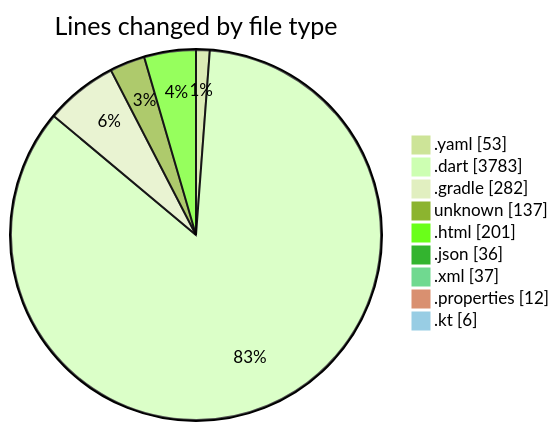
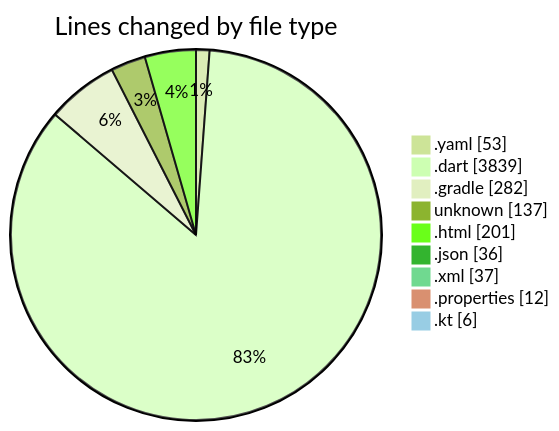
One commit to lephambinh05/code-tracking changed the first of 2 diagrams in 2025-09-02/quanlylink/README.md. Above: the diagram before and after it, drawn with Mermaid (forest theme). The commit also changed other lines of this file and 1 other file, not shown here.

````diff
--- a/2025-09-02/quanlylink/README.md
+++ b/2025-09-02/quanlylink/README.md
@@ -47,13 +47,13 @@
 ```mermaid
 pie showData
 title Lines changed by file type
 ".yaml" : 53
-".dart" : 3783
+".dart" : 3839
 ".gradle" : 282
 "unknown" : 137
 ".html" : 201
 ".json" : 36
 ".xml" : 37
 ".properties" : 12
 ".kt" : 6
 ```
````
